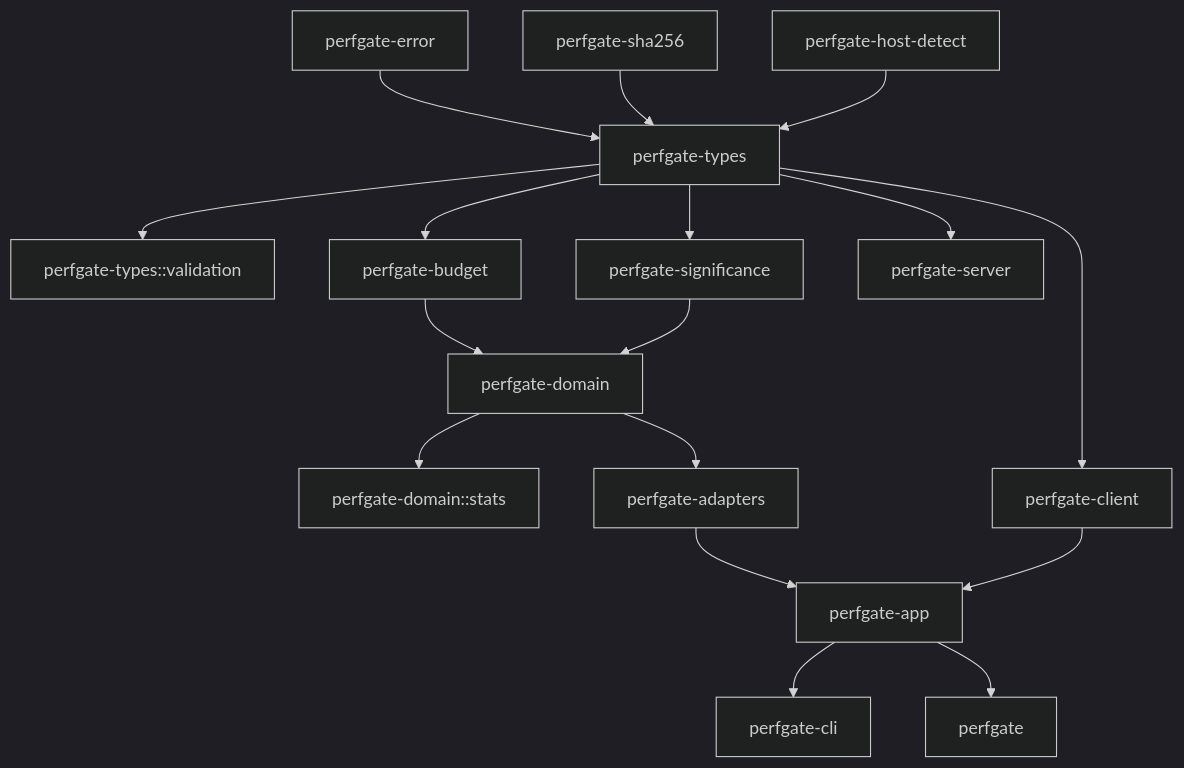
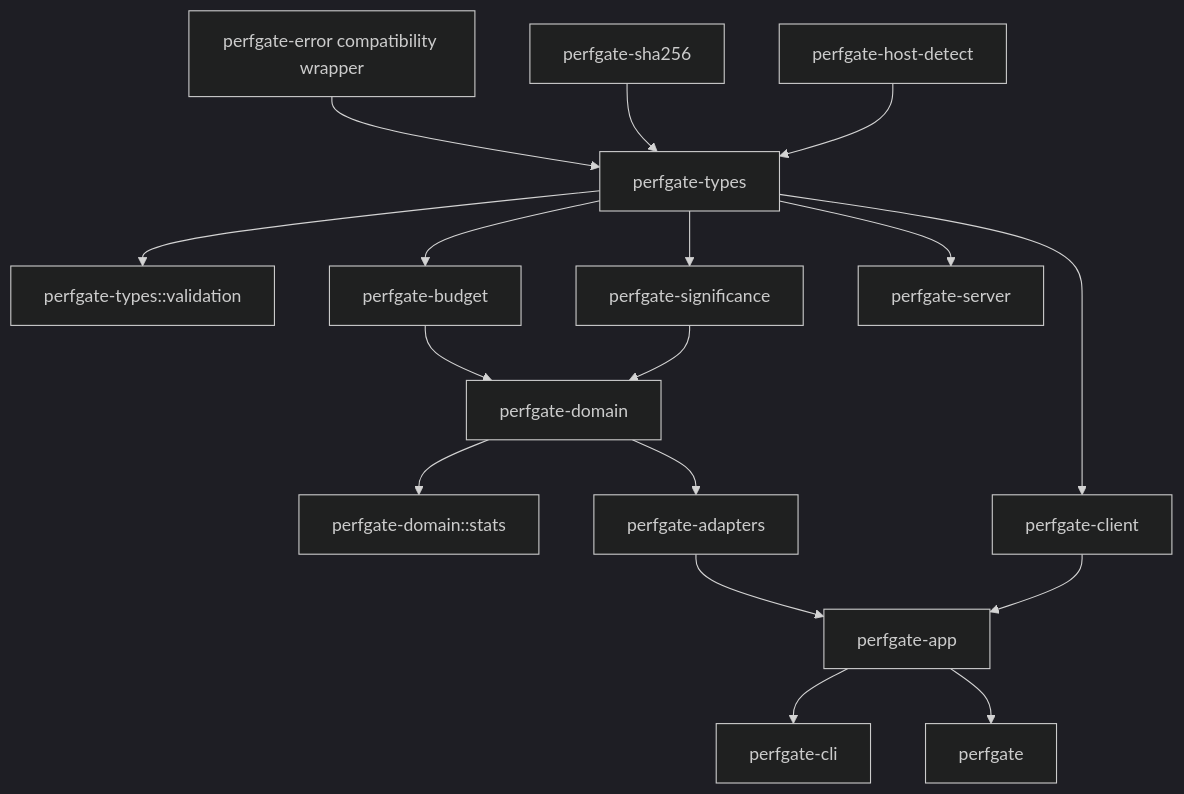
The diagram in docs/WORKSPACE.md (EffortlessMetrics/perfgate-swarm), drawn with Mermaid (dark theme) before and after one commit. The commit also changed other lines of this file and 11 other files, not shown here.

Commit message:
Absorb perfgate-error into perfgate-types (#235)

````diff
--- a/docs/WORKSPACE.md
+++ b/docs/WORKSPACE.md
@@ -35,19 +35,19 @@
 ```mermaid
 graph TD
-  error[perfgate-error] --> types[perfgate-types]
+  error[perfgate-error compatibility wrapper] --> types[perfgate-types]
   sha[perfgate-sha256] --> types
   domain --> stats[perfgate-domain::stats]
   types --> val[perfgate-types::validation]
   host[perfgate-host-detect] --> types
   types --> budget[perfgate-budget]
   types --> sig[perfgate-significance]
   budget --> domain[perfgate-domain]
   sig --> domain
   domain --> adapters[perfgate-adapters]
   adapters --> app[perfgate-app]
   app --> cli[perfgate-cli]
   app --> facade[perfgate]
   types --> client[perfgate-client]
   client --> app
   types --> server[perfgate-server]
 ```
````
